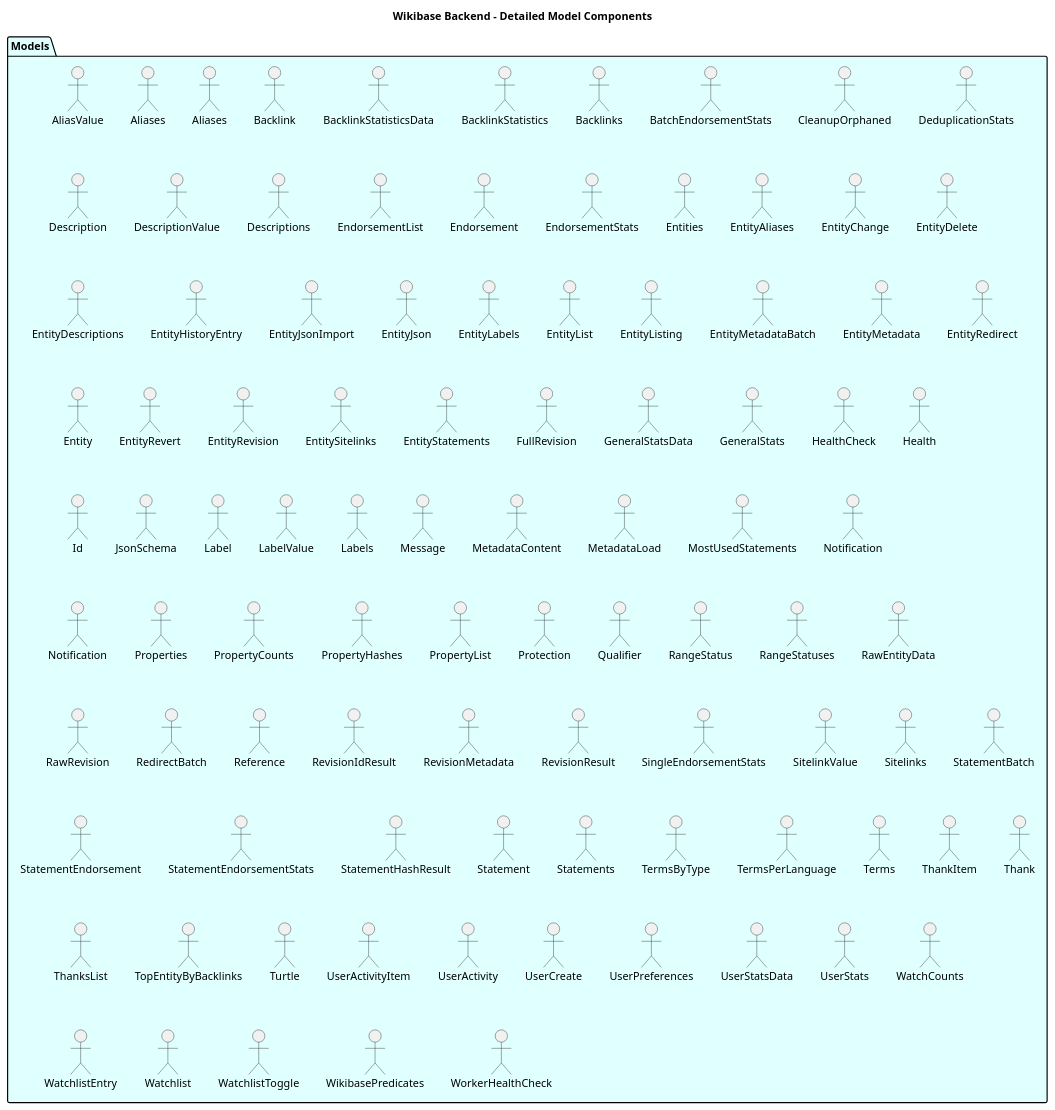
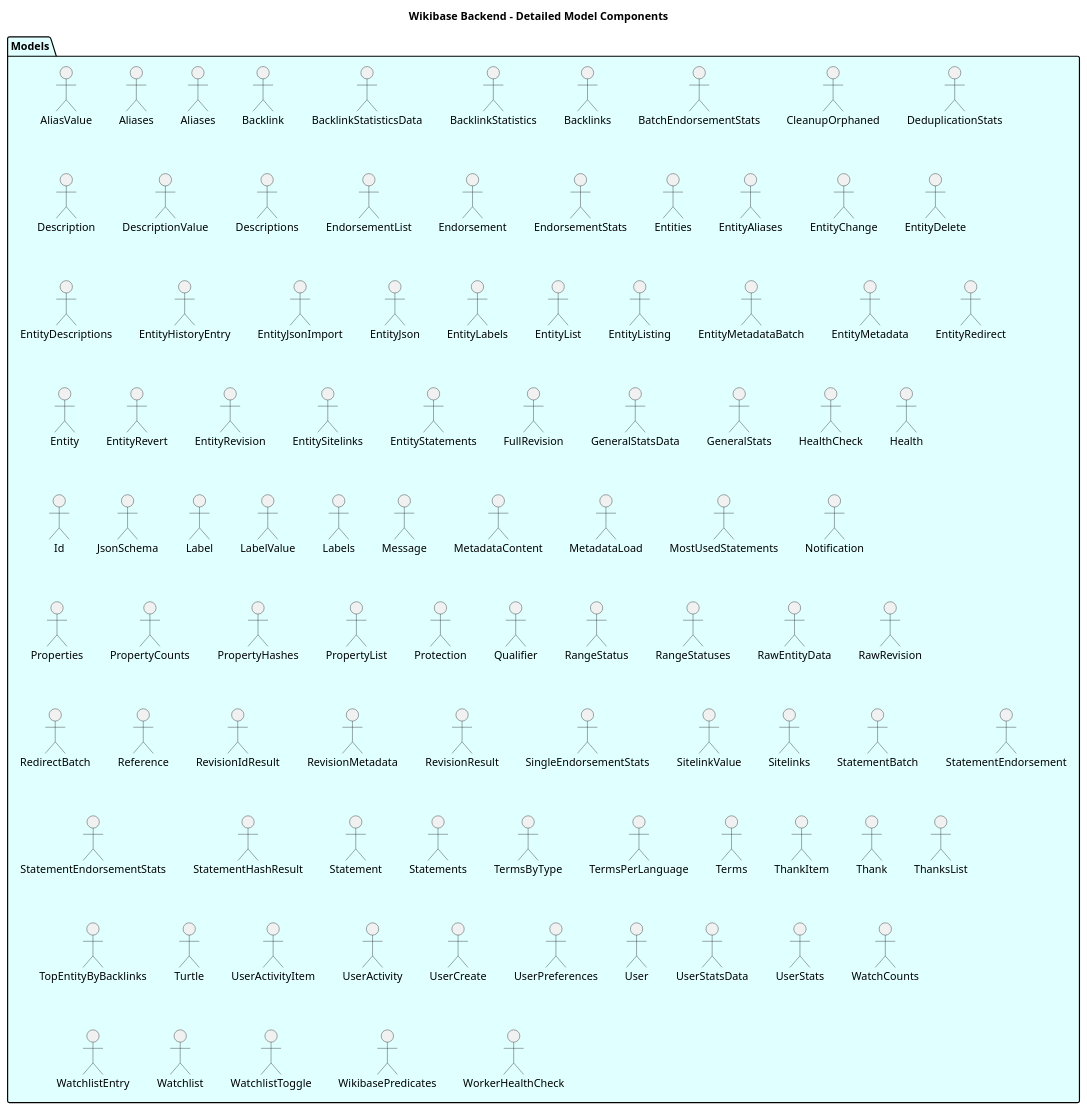
One commit to dpriskorn/entitybase-backend changed the diagram in doc/DIAGRAMS/detailed_model_components.puml. Above: the diagram before and after it, drawn with PlantUML. The commit also changed 15 other files, not shown here.

```diff
--- a/doc/DIAGRAMS/detailed_model_components.puml
+++ b/doc/DIAGRAMS/detailed_model_components.puml
@@ -1,104 +1,103 @@
 @startuml Detailed Model Components
 
 title Wikibase Backend - Detailed Model Components
 
 package "Models" as Models #LightCyan {
     "AliasValue" as AliasValue
     "Aliases" as Aliases
     "Aliases" as AliasesResponse
     "Backlink" as BacklinkResponse
     "BacklinkStatisticsData" as BacklinkStatisticsData
     "BacklinkStatistics" as BacklinkStatisticsResponse
     "Backlinks" as BacklinksResponse
     "BatchEndorsementStats" as BatchEndorsementStatsResponse
     "CleanupOrphaned" as CleanupOrphanedResponse
     "DeduplicationStats" as DeduplicationStatsResponse
     "Description" as DescriptionResponse
     "DescriptionValue" as DescriptionValue
     "Descriptions" as DescriptionsResponse
     "EndorsementList" as EndorsementListResponse
     "Endorsement" as EndorsementResponse
     "EndorsementStats" as EndorsementStatsResponse
     "Entities" as EntitiesResponse
     "EntityAliases" as EntityAliasesResponse
     "EntityChange" as EntityChange
     "EntityDelete" as EntityDeleteResponse
     "EntityDescriptions" as EntityDescriptionsResponse
     "EntityHistoryEntry" as EntityHistoryEntry
     "EntityJsonImport" as EntityJsonImportResponse
     "EntityJson" as EntityJsonResponse
     "EntityLabels" as EntityLabelsResponse
     "EntityList" as EntityListResponse
     "EntityListing" as EntityListing
     "EntityMetadataBatch" as EntityMetadataBatchResponse
     "EntityMetadata" as EntityMetadataResponse
     "EntityRedirect" as EntityRedirectResponse
     "Entity" as EntityResponse
     "EntityRevert" as EntityRevertResponse
     "EntityRevision" as EntityRevisionResponse
     "EntitySitelinks" as EntitySitelinksResponse
     "EntityStatements" as EntityStatementsResponse
     "FullRevision" as FullRevisionResponse
     "GeneralStatsData" as GeneralStatsData
     "GeneralStats" as GeneralStatsResponse
     "HealthCheck" as HealthCheckResponse
     "Health" as HealthResponse
     "Id" as IdResponse
     "JsonSchema" as JsonSchema
     "Label" as LabelResponse
     "LabelValue" as LabelValue
     "Labels" as LabelsResponse
     "Message" as MessageResponse
     "MetadataContent" as MetadataContent
     "MetadataLoad" as MetadataLoadResponse
     "MostUsedStatements" as MostUsedStatementsResponse
-    "Notification" as Notification
     "Notification" as NotificationResponse
     "Properties" as PropertiesResponse
     "PropertyCounts" as PropertyCountsResponse
     "PropertyHashes" as PropertyHashesResponse
     "PropertyList" as PropertyListResponse
     "Protection" as ProtectionResponse
     "Qualifier" as QualifierResponse
     "RangeStatus" as RangeStatus
     "RangeStatuses" as RangeStatuses
     "RawEntityData" as RawEntityData
     "RawRevision" as RawRevisionResponse
     "RedirectBatch" as RedirectBatchResponse
     "Reference" as ReferenceResponse
     "RevisionIdResult" as RevisionIdResult
     "RevisionMetadata" as RevisionMetadataResponse
     "RevisionResult" as RevisionResult
     "SingleEndorsementStats" as SingleEndorsementStatsResponse
     "SitelinkValue" as SitelinkValue
     "Sitelinks" as SitelinksResponse
     "StatementBatch" as StatementBatchResponse
     "StatementEndorsement" as StatementEndorsementResponse
     "StatementEndorsementStats" as StatementEndorsementStats
     "StatementHashResult" as StatementHashResult
     "Statement" as StatementResponse
     "Statements" as StatementsResponse
     "TermsByType" as TermsByType
-    "TermsByType" as TermsByType
     "TermsPerLanguage" as TermsPerLanguage
     "Terms" as TermsResponse
     "ThankItem" as ThankItemResponse
     "Thank" as ThankResponse
     "ThanksList" as ThanksListResponse
     "TopEntityByBacklinks" as TopEntityByBacklinks
     "Turtle" as TurtleResponse
     "UserActivityItem" as UserActivityItemResponse
     "UserActivity" as UserActivityResponse
     "UserCreate" as UserCreateResponse
     "UserPreferences" as UserPreferencesResponse
+    "User" as UserResponse
     "UserStatsData" as UserStatsData
     "UserStats" as UserStatsResponse
     "WatchCounts" as WatchCounts
     "WatchlistEntry" as WatchlistEntryResponse
     "Watchlist" as WatchlistResponse
     "WatchlistToggle" as WatchlistToggleResponse
     "WikibasePredicates" as WikibasePredicatesResponse
     "WorkerHealthCheck" as WorkerHealthCheckResponse
 }
 
 @enduml
```
